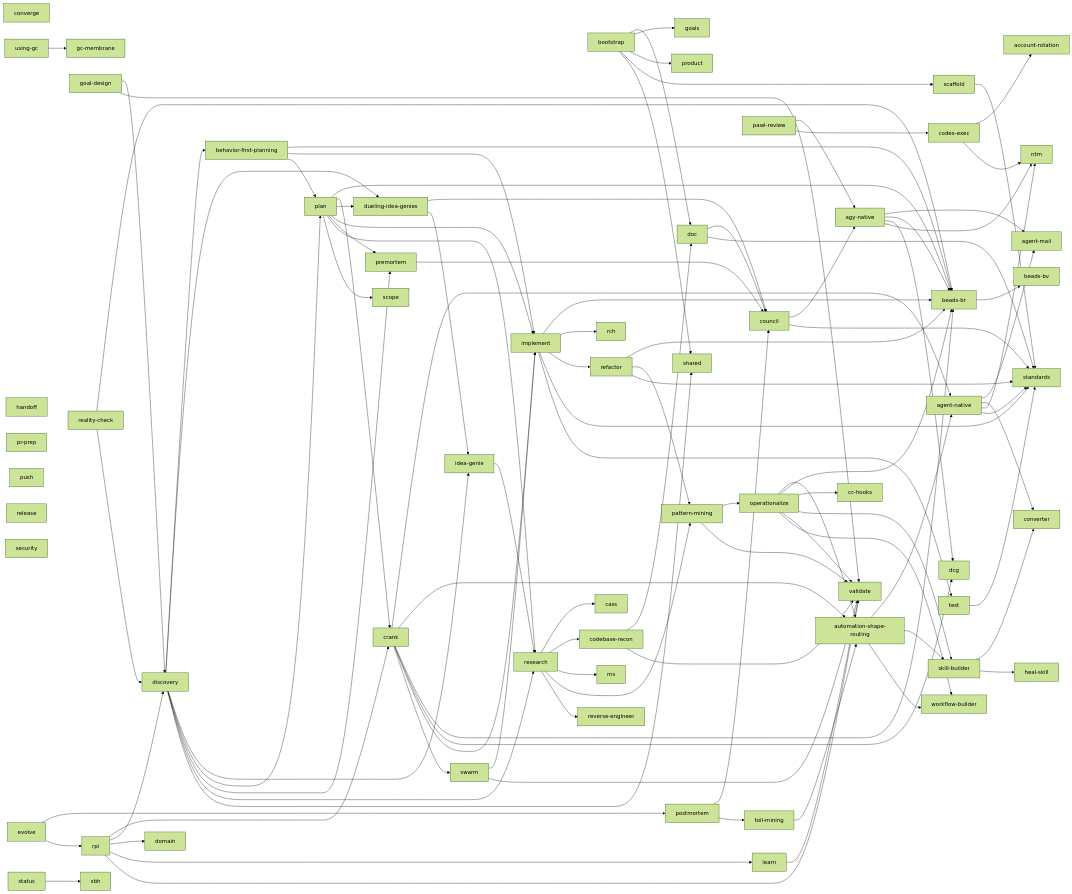
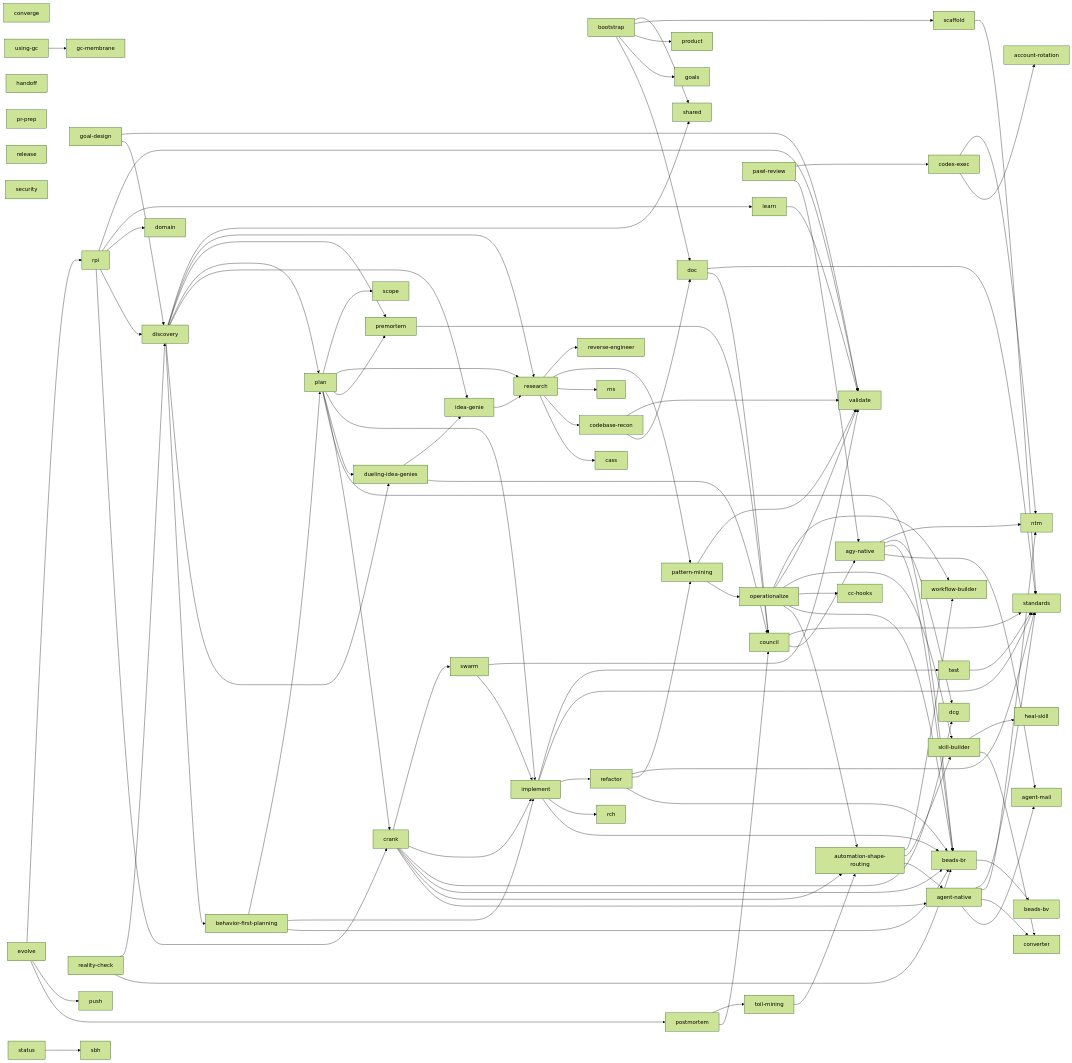
The first of 2 diagrams in docs/contracts/context-map.md (boshu2/agentops), drawn with Mermaid (forest theme) before and after one commit. The commit also changed other lines of this file and 6 other files, not shown here.

```diff
--- a/docs/contracts/context-map.md
+++ b/docs/contracts/context-map.md
@@ -205,6 +205,7 @@
   dueling_idea_genies --> council
   dueling_idea_genies --> idea_genie
   evolve --> postmortem
+  evolve --> push
   evolve --> rpi
   goal_design --> discovery
   goal_design --> validate
```
